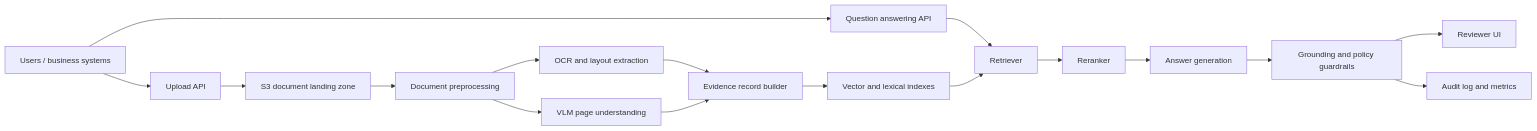
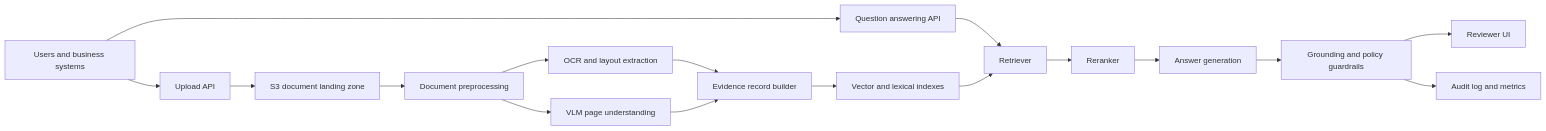
Before and after one commit to rajantripathi/caselens-vlm: the diagram in docs/reference_architecture.md, drawn with Mermaid. The commit also changed 3 other files, not shown here.

Commit message:
Polish enterprise README and architecture diagrams

````diff
--- a/docs/reference_architecture.md
+++ b/docs/reference_architecture.md
@@ -7,19 +7,19 @@
 ```mermaid
 flowchart LR
-    A[Users / business systems] --> B[Upload API]
-    B --> C[S3 document landing zone]
-    C --> D[Document preprocessing]
-    D --> E[OCR and layout extraction]
-    D --> F[VLM page understanding]
-    E --> G[Evidence record builder]
+    A["Users and business systems"] --> B["Upload API"]
+    B --> C["S3 document landing zone"]
+    C --> D["Document preprocessing"]
+    D --> E["OCR and layout extraction"]
+    D --> F["VLM page understanding"]
+    E --> G["Evidence record builder"]
     F --> G
-    G --> H[Vector and lexical indexes]
-    A --> I[Question answering API]
-    I --> J[Retriever]
+    G --> H["Vector and lexical indexes"]
+    A --> I["Question answering API"]
+    I --> J["Retriever"]
     H --> J
-    J --> K[Reranker]
-    K --> L[Answer generation]
-    L --> M[Grounding and policy guardrails]
-    M --> N[Reviewer UI]
-    M --> O[Audit log and metrics]
+    J --> K["Reranker"]
+    K --> L["Answer generation"]
+    L --> M["Grounding and policy guardrails"]
+    M --> N["Reviewer UI"]
+    M --> O["Audit log and metrics"]
 ```
````
